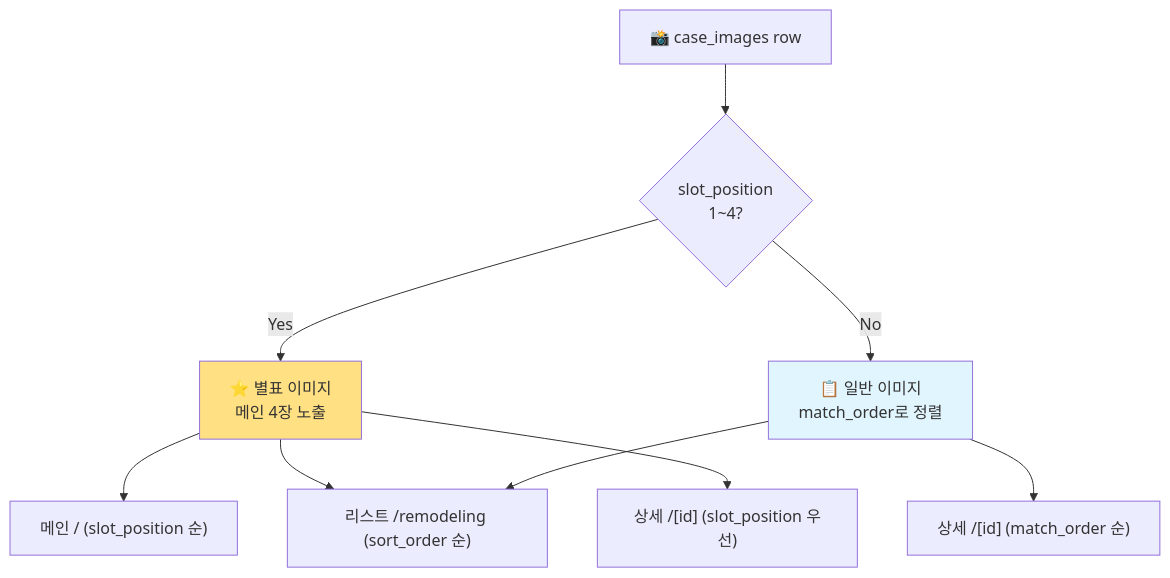
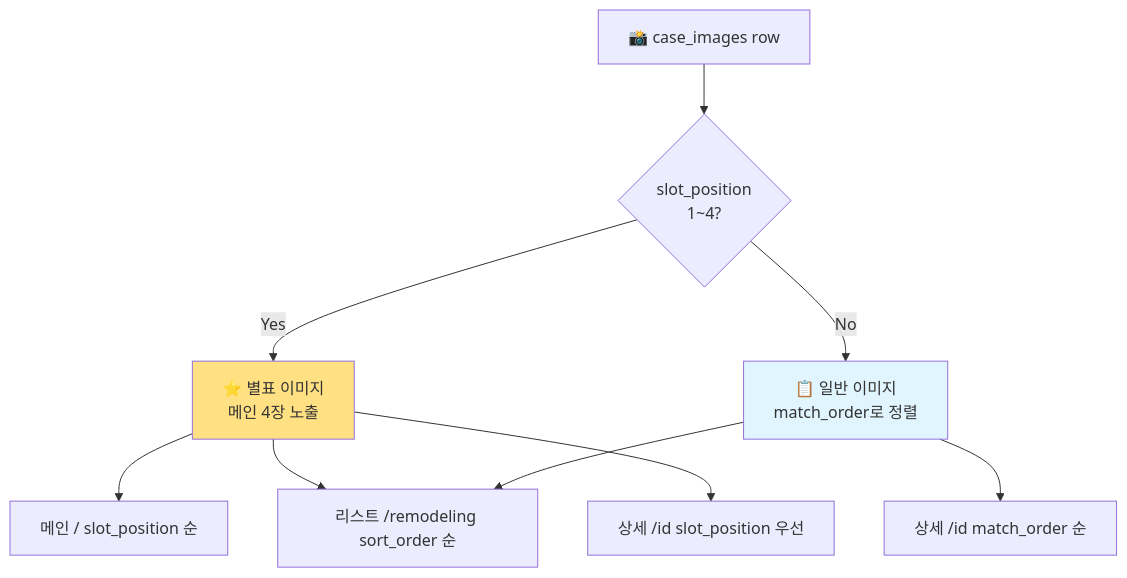
Before and after one commit to doublesilver/upstay-website: the fifth of 11 diagrams in README.md, drawn with Mermaid. The commit also changed other lines of this file, not shown here.

First line of the commit message:
fix(docs): Mermaid 파싱 에러 — 노드 라벨 따옴표 처리

````diff
--- a/README.md
+++ b/README.md
@@ -208,17 +208,17 @@
 ```mermaid
 flowchart TD
     Image[📸 case_images row]
     Image --> Slot{slot_position<br/>1~4?}
     Slot -->|Yes| Star[⭐ 별표 이미지<br/>메인 4장 노출]
     Slot -->|No| Order[📋 일반 이미지<br/>match_order로 정렬]
 
-    Star --> Main["메인 / (slot_position 순)"]
-    Star --> List["리스트 /remodeling (sort_order 순)"]
-    Star --> Detail["상세 /[id] (slot_position 우선)"]
+    Star --> Main["메인 / slot_position 순"]
+    Star --> List["리스트 /remodeling sort_order 순"]
+    Star --> Detail["상세 /id slot_position 우선"]
 
     Order --> List
-    Order --> Detail2["상세 /[id] (match_order 순)"]
+    Order --> Detail2["상세 /id match_order 순"]
 
     style Star fill:#ffe082
     style Order fill:#e1f5fe
 ```
````
